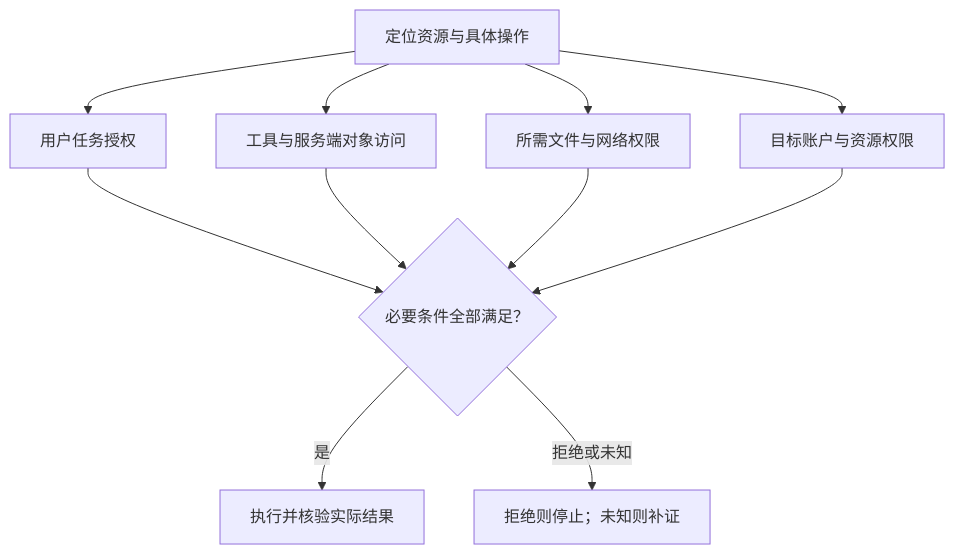
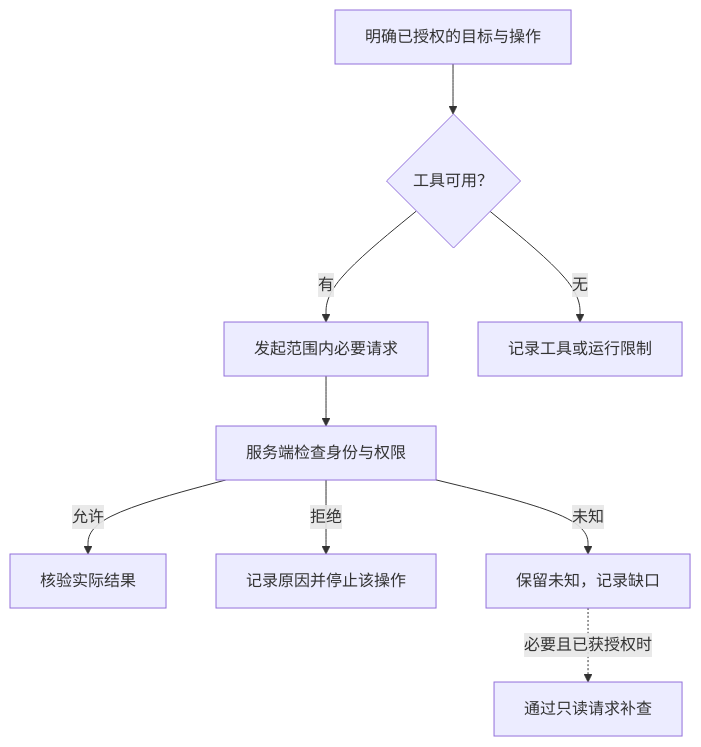
The diagram in docs/diagrams/environment-permissions.mmd (CF-FE/mymcp-4-codexcloud), drawn with Mermaid before and after one commit. The commit also changed 11 other files, not shown here.

```diff
--- a/docs/diagrams/environment-permissions.mmd
+++ b/docs/diagrams/environment-permissions.mmd
@@ -1,17 +1,16 @@
-%% 2026-10-21：概念权限检查示意，不是平台真实 API 或物理部署保证。
-%% 用户明确要求读取链接可构成目标对象的任务授权，但不扩大服务端 ACL。
-%% 仅检查该操作所需的文件/网络权限；所有必要条件均有证据才执行。
-%% 未授权则停止；必要条件未知则保留未知或阻塞，不制造访问成功。
+%% 2026-10-21：请求与访问检查的概念流程，不是平台真实 API 或审批状态机。
+%% 实线表示判断与请求流程；虚线表示未知结果可采用的补查方式，不保证成功。
+%% 用户明确要求读取链接可构成该目标的任务授权，但引用不扩大服务端 ACL。
+%% 不要求请求前证明全部 ACL；可通过授权范围内的必要只读请求核验未知访问状态。
+%% 本图不新增用户确认步骤；读取、修改、发布等操作分别按已有授权范围判断。
 flowchart TB
-    accTitle: 资源访问权限判定
-    accDescr: 引用用于定位对象；用户授权、当前工具与服务端ACL、所需实例权限和目标账户权限都须满足。缺少证据或明确拒绝时停止该操作，执行后仍需核验结果。
-    reference["定位资源与具体操作"] --> request["用户任务授权"]
-    reference --> tool["工具与服务端对象访问"]
-    reference --> runtime["所需文件与网络权限"]
-    reference --> account["目标账户与资源权限"]
-    request --> all{"必要条件全部满足？"}
-    tool --> all
-    runtime --> all
-    account --> all
-    all -->|是| execute["执行并核验实际结果"]
-    all -->|拒绝或未知| stopped["拒绝则停止；未知则补证"]
+    accTitle: 有授权后，如何确认能否访问
+    accDescr: 先明确已有授权的目标和操作，选择可用工具及允许的执行路径，再发起范围内必要请求。请求通过服务端身份与对象访问检查：允许时核验结果，拒绝时停止该操作，未知时保留未知并可用授权的只读请求补查。没有工具或执行条件受限，须说明能力限制；无需请求前证明所有 ACL，也不新增交互审批。
+    scope["明确已授权的目标与操作"] --> tool{"工具可用？"}
+    tool -->|有| request["发起范围内必要请求"]
+    tool -->|无| unavailable["记录工具或运行限制"]
+    request --> access["服务端检查身份与权限"]
+    access -->|允许| result["核验实际结果"]
+    access -->|拒绝| denied["记录原因并停止该操作"]
+    access -->|未知| unknown["保留未知，记录缺口"]
+    unknown -.->|必要且已获授权时| probe["通过只读请求补查"]
```
